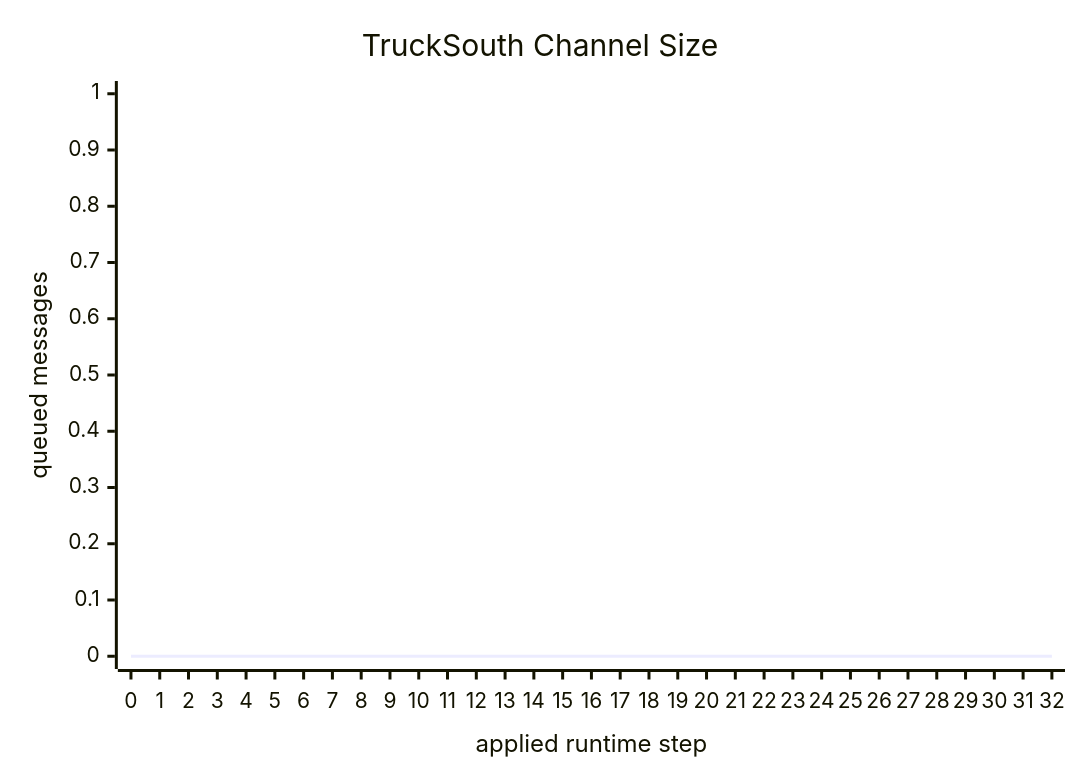
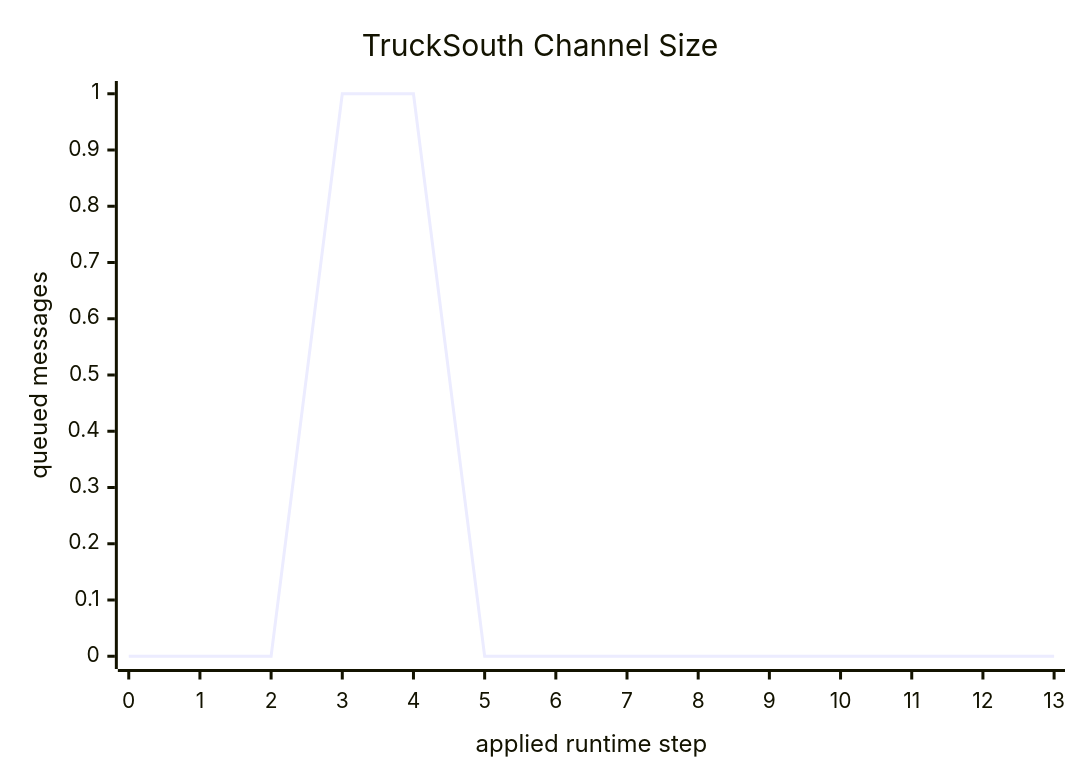
Before and after one commit to rfielding/go-ctl2: diagram 26 of 36 in docs/build/ir.generated.md, drawn with Mermaid. The commit also changed other lines of this file and 5 other files, not shown here.

````diff
--- a/docs/build/ir.generated.md
+++ b/docs/build/ir.generated.md
@@ -1266,7 +1509,7 @@
 ```mermaid
 xychart-beta
     title "TruckSouth Channel Size"
-    x-axis "applied runtime step" [0, 1, 2, 3, 4, 5, 6, 7, 8, 9, 10, 11, 12, 13, 14, 15, 16, 17, 18, 19, 20, 21, 22, 23, 24, 25, 26, 27, 28, 29, 30, 31, 32]
+    x-axis "applied runtime step" [0, 1, 2, 3, 4, 5, 6, 7, 8, 9, 10, 11, 12, 13]
     y-axis "queued messages" 0 --> 1
-    line [0, 0, 0, 0, 0, 0, 0, 0, 0, 0, 0, 0, 0, 0, 0, 0, 0, 0, 0, 0, 0, 0, 0, 0, 0, 0, 0, 0, 0, 0, 0, 0, 0]
+    line [0, 0, 0, 1, 1, 0, 0, 0, 0, 0, 0, 0, 0, 0]
 ```
````
